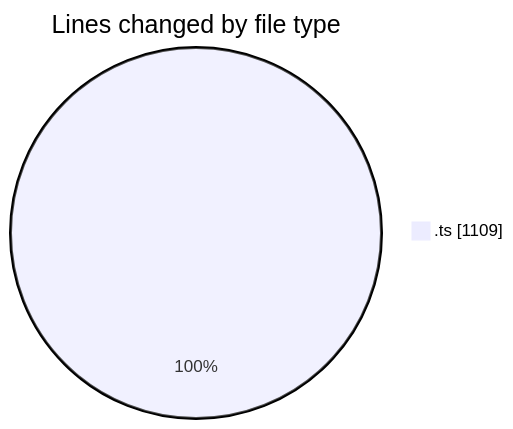
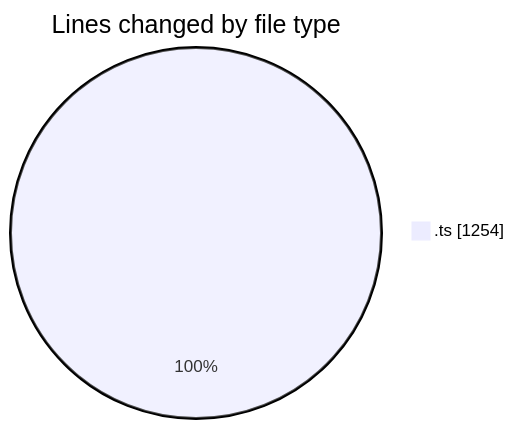
Before and after one commit to momahboobian/code-tracking: the first of 2 diagrams in 2025-12-16/cda/README.md, drawn with Mermaid. The commit also changed other lines of this file and 1 other file, not shown here.

````diff
--- a/2025-12-16/cda/README.md
+++ b/2025-12-16/cda/README.md
@@ -20,5 +21,5 @@
 ```mermaid
 pie showData
 title Lines changed by file type
-".ts" : 1109
+".ts" : 1254
 ```
````
